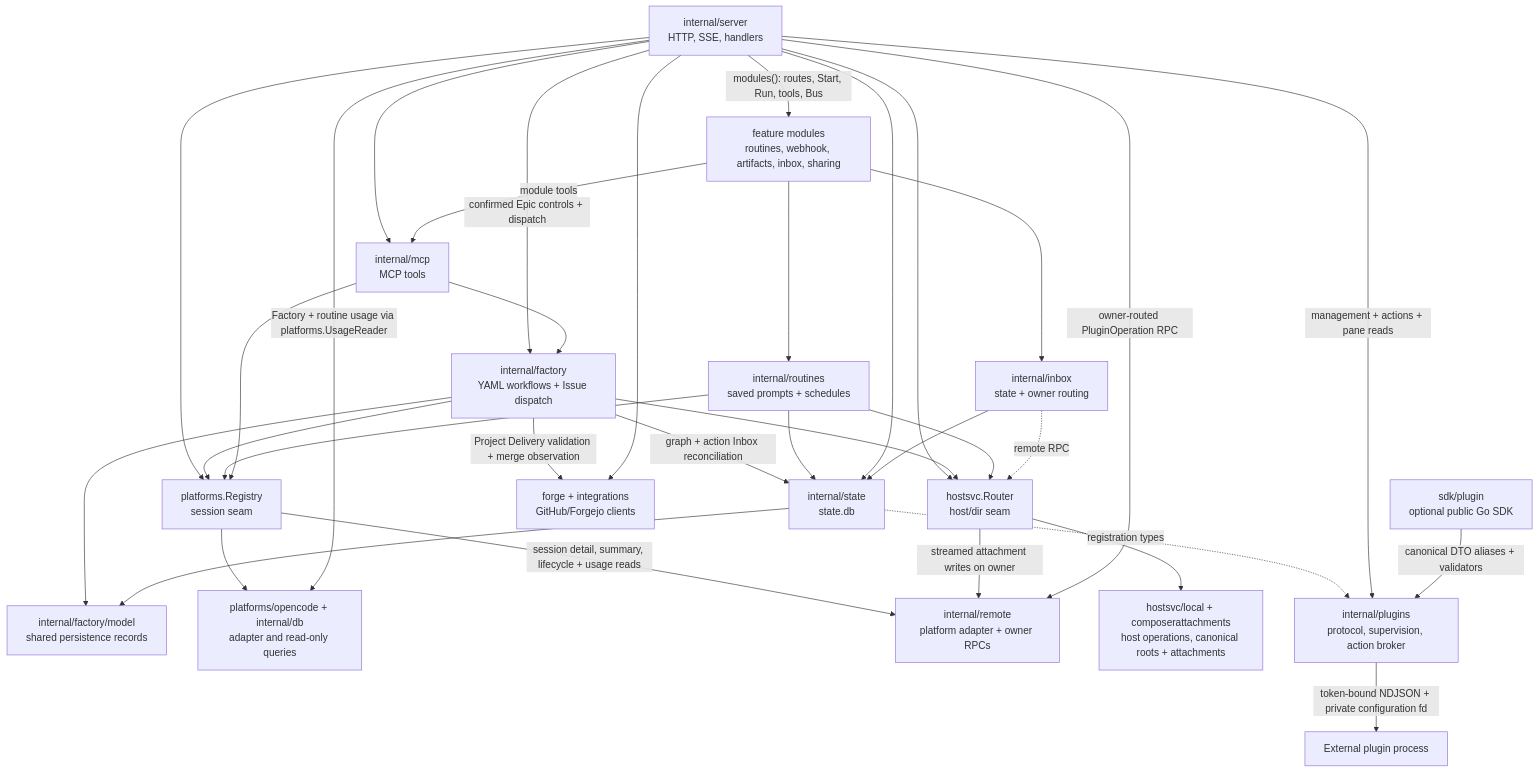
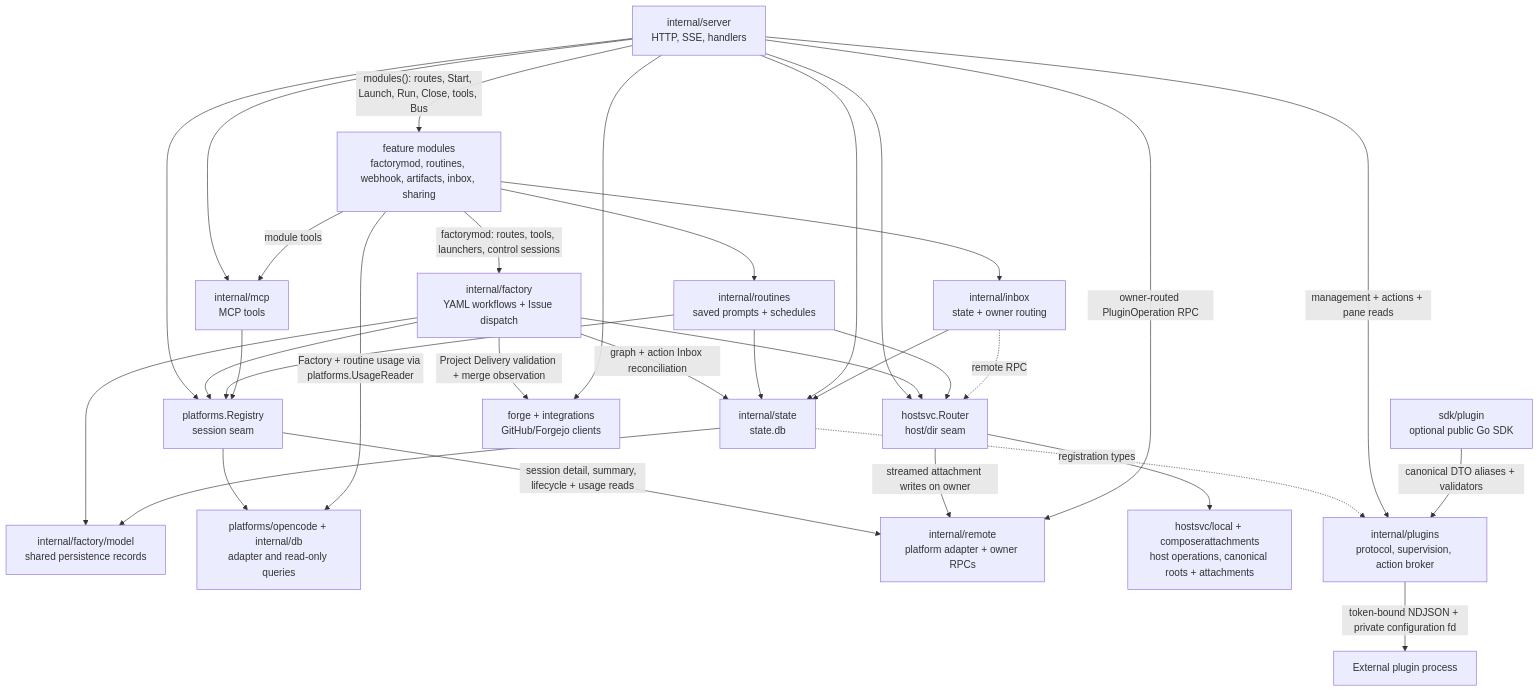
The third of 5 diagrams in docs/other/architecture.md (ocman/ocman), drawn with Mermaid before and after one commit. The commit also changed other lines of this file and 2 other files, not shown here.

First line of the commit message:
docs(factory): describe the Factory module and its launch order

````diff
--- a/docs/other/architecture.md
+++ b/docs/other/architecture.md
@@ -175,36 +175,35 @@
 ```mermaid
 flowchart TD
     Server[internal/server<br/>HTTP, SSE, handlers] --> Registry[platforms.Registry<br/>session seam]
     Server --> Router[hostsvc.Router<br/>host/dir seam]
-    Server -->|"modules(): routes, Start, Run, tools, Bus"| Modules[feature modules<br/>routines, webhook, artifacts, inbox, sharing]
+    Server -->|"modules(): routes, Start, Launch, Run, Close, tools, Bus"| Modules[feature modules<br/>factorymod, routines, webhook, artifacts, inbox, sharing]
     Modules --> Routines[internal/routines<br/>saved prompts + schedules]
-    Server -->|confirmed Epic controls + dispatch| Factory[internal/factory<br/>YAML workflows + Issue dispatch]
+    Modules -->|"factorymod: routes, tools, launchers, control sessions"| Factory[internal/factory<br/>YAML workflows + Issue dispatch]
     Factory --> FactoryModel[internal/factory/model<br/>shared persistence records]
     Factory -->|graph + action Inbox reconciliation| State
     State --> FactoryModel
     Factory --> Registry
     Factory --> Router
     Factory -->|Project Delivery validation + merge observation| Forge
     Routines --> Registry
     Routines --> Router
     Routines --> State
     Server --> MCP[internal/mcp<br/>MCP tools]
-    MCP --> Factory
     Modules -->|module tools| MCP
     Modules --> Inbox[internal/inbox<br/>state + owner routing]
     MCP --> Registry
     Registry --> OC[platforms/opencode + internal/db<br/>adapter and read-only queries]
-    Server -->|Factory + routine usage via platforms.UsageReader| OC
+    Modules -->|Factory + routine usage via platforms.UsageReader| OC
     Registry -->|session detail, summary, lifecycle + usage reads| RP[internal/remote<br/>platform adapter + owner RPCs]
     Router --> Local[hostsvc/local + composerattachments<br/>host operations, canonical roots + attachments]
     Router -->|streamed attachment writes on owner| RP
     Server --> State[internal/state<br/>state.db]
     Inbox --> State
     Inbox -.->|remote RPC| Router
     Server --> Forge[forge + integrations<br/>GitHub/Forgejo clients]
     State -.->|registration types| Plugins[internal/plugins<br/>protocol, supervision, action broker]
     Server -->|management + actions + pane reads| Plugins
     Plugins -->|token-bound NDJSON + private configuration fd| PluginExec[External plugin process]
     Server -->|owner-routed PluginOperation RPC| RP
     PluginSDK[sdk/plugin<br/>optional public Go SDK] -->|canonical DTO aliases + validators| Plugins
 ```
````
